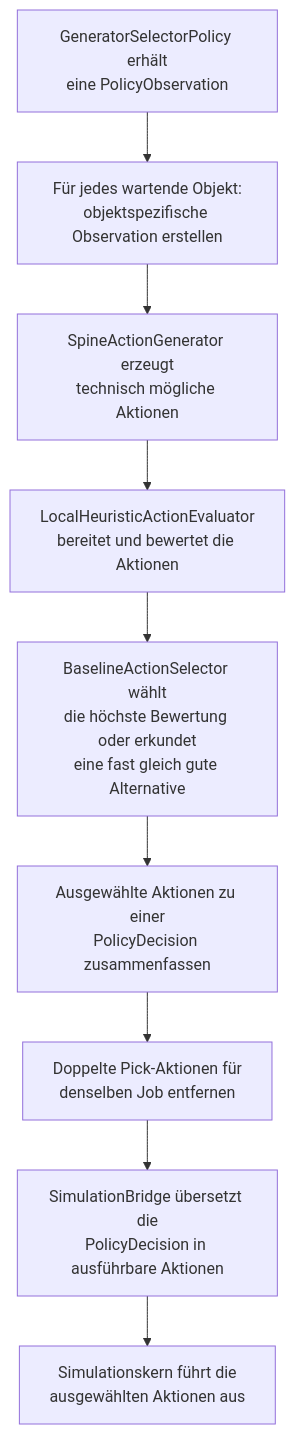
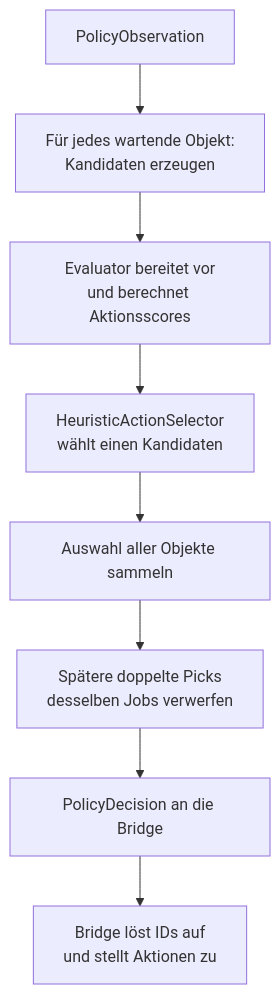
The sixth of 14 diagrams in README.md (ghackenberg/SpineML), drawn with Mermaid before and after one commit. The commit also changed other lines of this file and 52 other files, not shown here.

Commit message:
Separate policy architecture and publish RL environment and runtime tools

````diff
--- a/README.md
+++ b/README.md
@@ -1118,12 +1491,10 @@
 ```mermaid
 flowchart TD
-    A[GeneratorSelectorPolicy erhält<br/>eine PolicyObservation]
-    A --> B[Für jedes wartende Objekt:<br/>objektspezifische Observation erstellen]
-    B --> C[SpineActionGenerator erzeugt<br/>technisch mögliche Aktionen]
-    C --> D[LocalHeuristicActionEvaluator<br/>bereitet und bewertet die Aktionen]
-    D --> E[BaselineActionSelector wählt<br/>die höchste Bewertung oder erkundet<br/>eine fast gleich gute Alternative]
-    E --> F[Ausgewählte Aktionen zu einer<br/>PolicyDecision zusammenfassen]
-    F --> G[Doppelte Pick-Aktionen für<br/>denselben Job entfernen]
-    G --> H[SimulationBridge übersetzt die<br/>PolicyDecision in ausführbare Aktionen]
-    H --> I[Simulationskern führt die<br/>ausgewählten Aktionen aus]
+    A[PolicyObservation] --> B[Für jedes wartende Objekt:<br/>Kandidaten erzeugen]
+    B --> C[Evaluator bereitet vor<br/>und berechnet Aktionsscores]
+    C --> D[HeuristicActionSelector<br/>wählt einen Kandidaten]
+    D --> E[Auswahl aller Objekte sammeln]
+    E --> F[Spätere doppelte Picks<br/>desselben Jobs verwerfen]
+    F --> G[PolicyDecision an die Bridge]
+    G --> H[Bridge löst IDs auf<br/>und stellt Aktionen zu]
 ```
````
